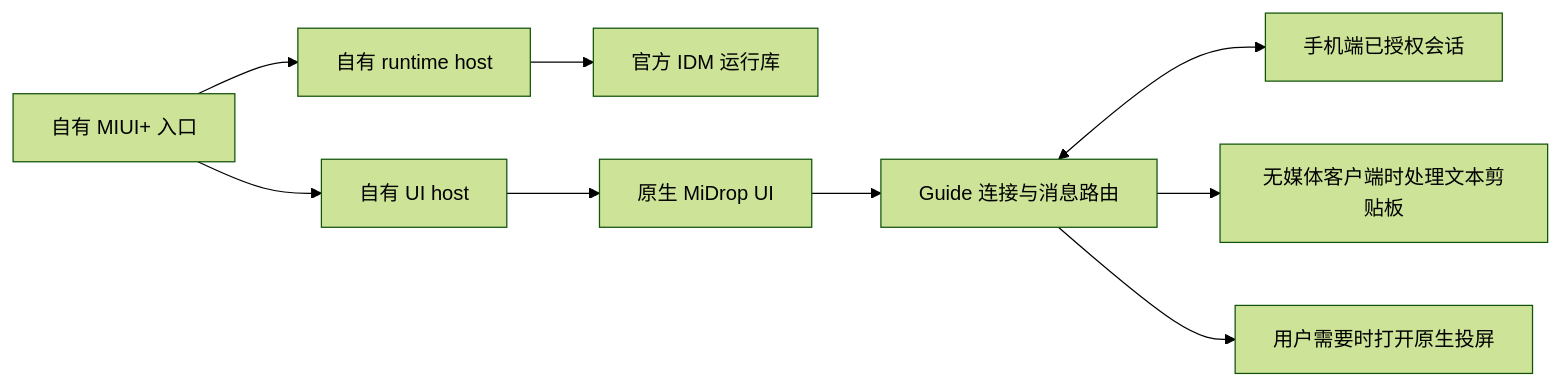
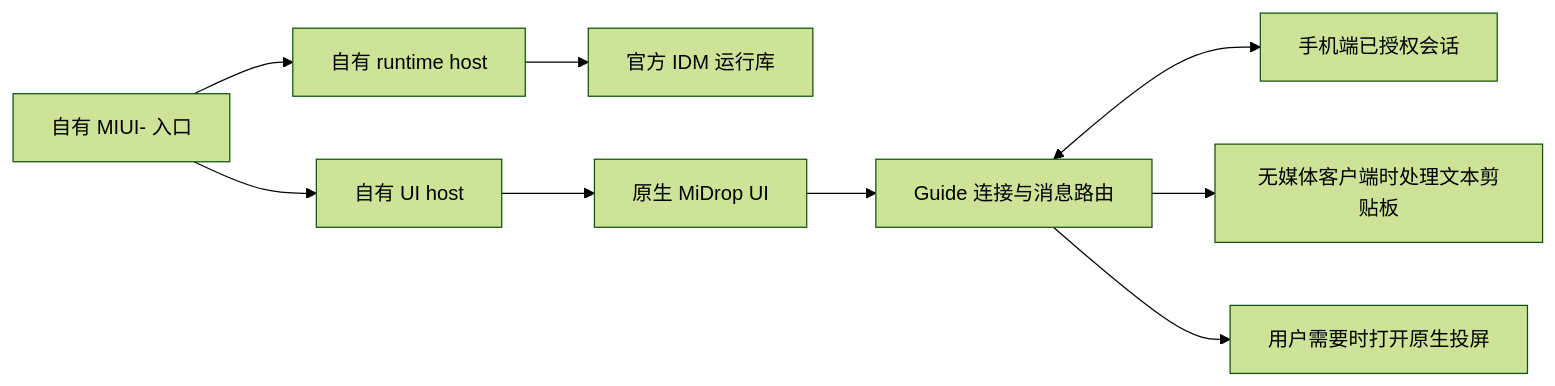
The diagram in docs/ARCHITECTURE.md (Ktclat/MIUI-), drawn with Mermaid (forest theme) before and after one commit. The commit also changed other lines of this file and 19 other files, not shown here.

````diff
--- a/docs/ARCHITECTURE.md
+++ b/docs/ARCHITECTURE.md
@@ -6,11 +6,11 @@
 ```mermaid
 flowchart LR
-    E[自有 MIUI+ 入口] --> H[自有 runtime host]
+    E[自有 MIUI- 入口] --> H[自有 runtime host]
     E --> U[自有 UI host]
     H --> I[官方 IDM 运行库]
     U --> M[原生 MiDrop UI]
     M --> G[Guide 连接与消息路由]
     G <--> P[手机端已授权会话]
     G --> C[无媒体客户端时处理文本剪贴板]
     G --> V[用户需要时打开原生投屏]
 ```
````
